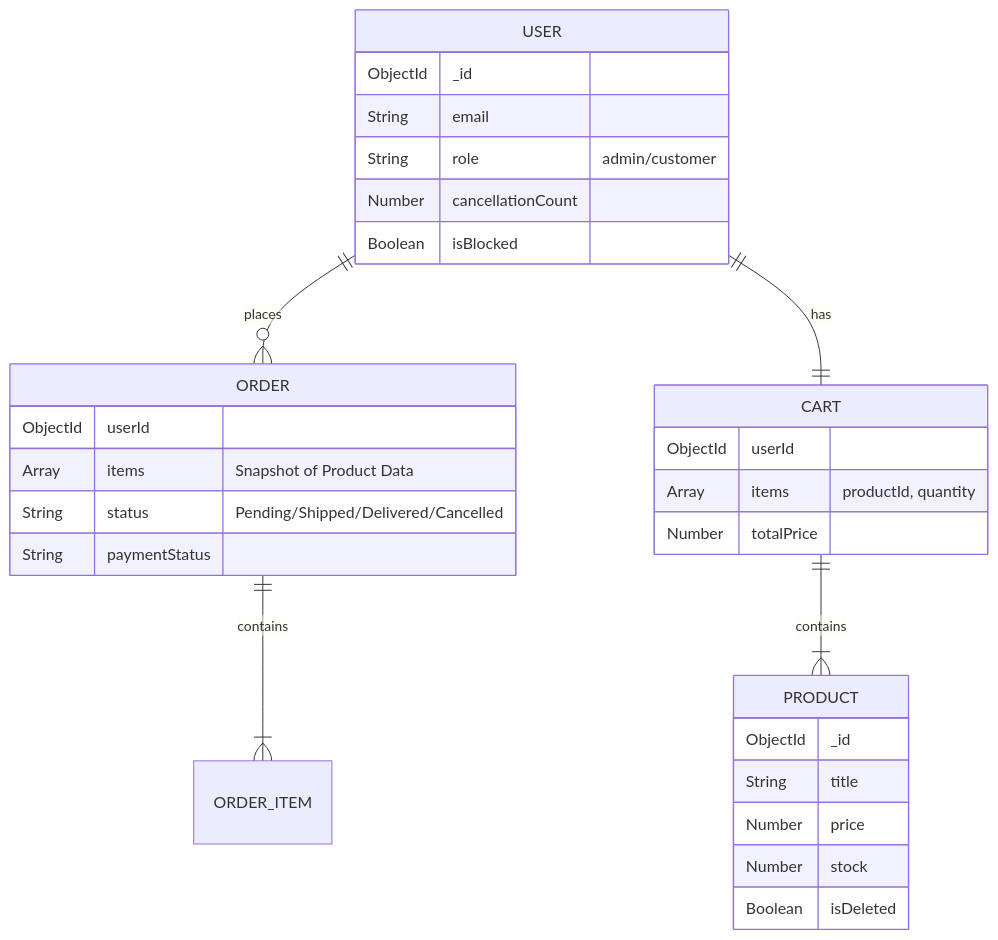
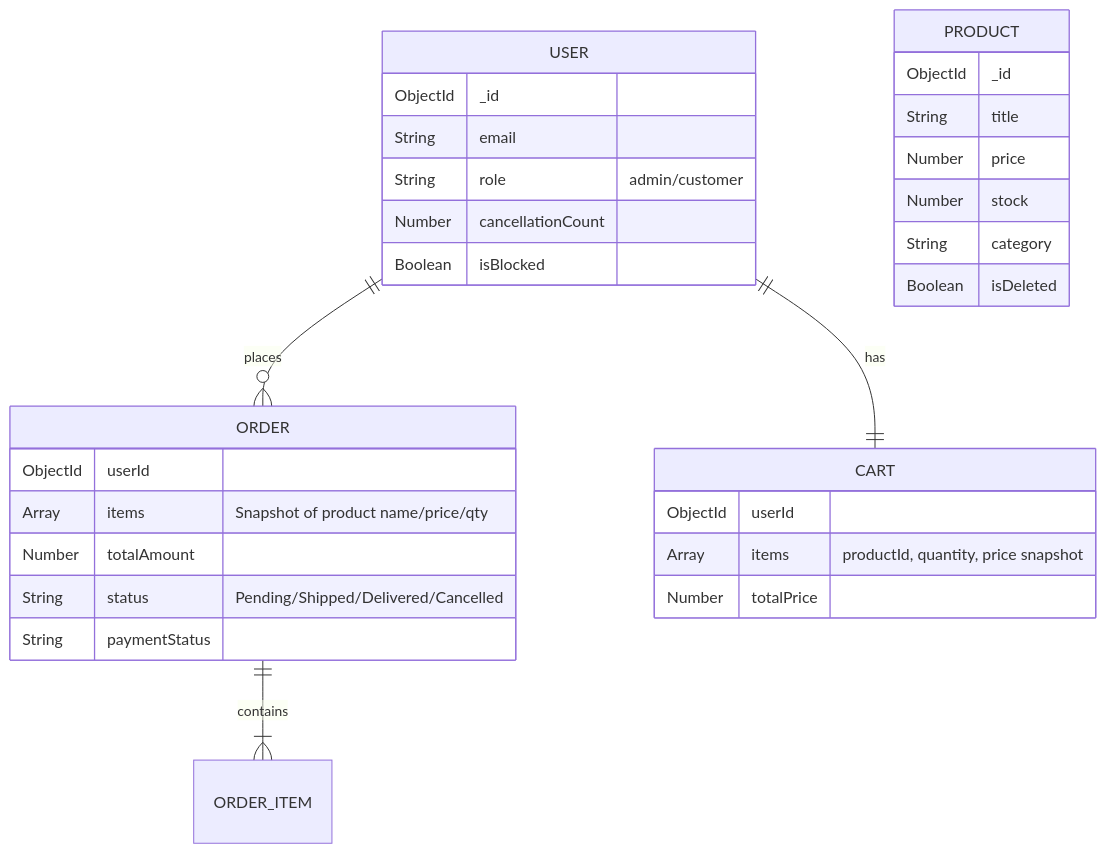
One commit to smri29/Mini-E-Commerce-API changed the diagram in README.md. Above: the diagram before and after it, drawn with Mermaid. The commit also changed other lines of this file and 27 other files, not shown here.

````diff
--- a/README.md
+++ b/README.md
@@ -110,37 +119,37 @@
 ```mermaid
 erDiagram
     USER ||--o{ ORDER : places
     USER ||--|| CART : has
-    CART ||--|{ PRODUCT : contains
     ORDER ||--|{ ORDER_ITEM : contains
 
     USER {
         ObjectId _id
         String email
         String role "admin/customer"
         Number cancellationCount
         Boolean isBlocked
     }
 
     PRODUCT {
         ObjectId _id
         String title
         Number price
         Number stock
+        String category
         Boolean isDeleted
     }
 
     CART {
         ObjectId userId
-        Array items "productId, quantity"
+        Array items "productId, quantity, price snapshot"
         Number totalPrice
     }
 
     ORDER {
         ObjectId userId
-        Array items "Snapshot of Product Data"
+        Array items "Snapshot of product name/price/qty"
+        Number totalAmount
         String status "Pending/Shipped/Delivered/Cancelled"
         String paymentStatus
     }
-
 ```
````
